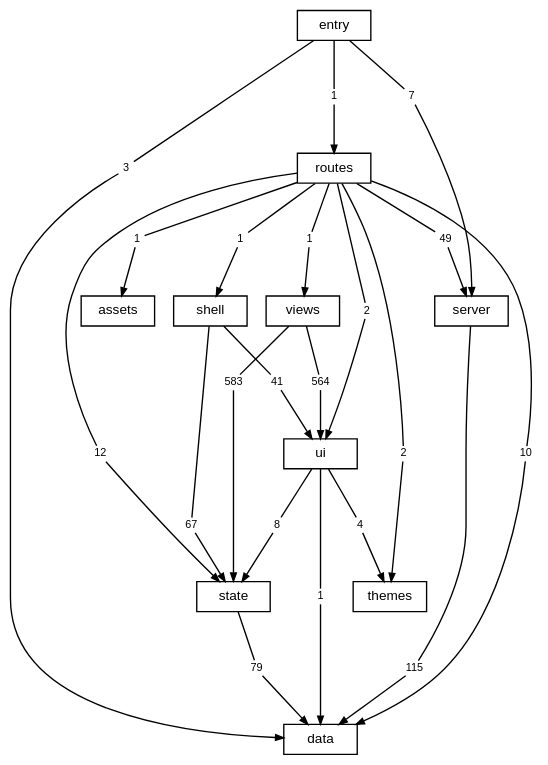
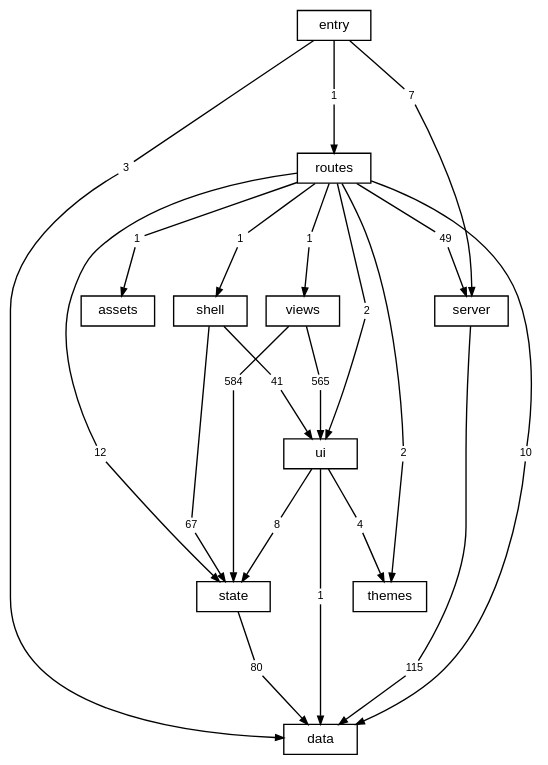
The diagram in docs/diagrams/layers.dot (TheAxeC/oculus), drawn with Graphviz before and after one commit. The commit also changed 19 other files, not shown here.

```diff
--- a/docs/diagrams/layers.dot
+++ b/docs/diagrams/layers.dot
@@ -1,75 +1,75 @@
 digraph layers {
     graph [bgcolor="transparent", rankdir=TB, newrank=true, fontname="Helvetica,Arial,sans-serif", fontsize=12, nodesep=0.2, ranksep=0.5];
     node [shape=box, color="black", fontcolor="black", fontname="Helvetica,Arial,sans-serif", fontsize=10, height=0.3, margin="0.12,0.04"];
     edge [color="black", fontcolor="black", fontname="Helvetica,Arial,sans-serif", fontsize=8, arrowsize=0.6];
     "data";
     "server";
     "state";
     "ui";
     "shell";
     "views";
     "themes";
     "routes";
     "src" [label="entry"];
     "files: assets" [label="assets"];
     "routes to data" [label="10", shape=box, color="transparent", fontsize=8, width=0, height=0, margin="0.04,0.02"];
     "routes" -> "routes to data" [arrowhead=none];
     "routes to data" -> "data" [];
     "routes to files: assets" [label="1", shape=box, color="transparent", fontsize=8, width=0, height=0, margin="0.04,0.02"];
     "routes" -> "routes to files: assets" [arrowhead=none];
     "routes to files: assets" -> "files: assets" [];
     "routes to server" [label="49", shape=box, color="transparent", fontsize=8, width=0, height=0, margin="0.04,0.02"];
     "routes" -> "routes to server" [arrowhead=none];
     "routes to server" -> "server" [];
     "routes to shell" [label="1", shape=box, color="transparent", fontsize=8, width=0, height=0, margin="0.04,0.02"];
     "routes" -> "routes to shell" [arrowhead=none];
     "routes to shell" -> "shell" [];
     "routes to state" [label="12", shape=box, color="transparent", fontsize=8, width=0, height=0, margin="0.04,0.02"];
     "routes" -> "routes to state" [arrowhead=none];
     "routes to state" -> "state" [];
     "routes to themes" [label="2", shape=box, color="transparent", fontsize=8, width=0, height=0, margin="0.04,0.02"];
     "routes" -> "routes to themes" [arrowhead=none];
     "routes to themes" -> "themes" [];
     "routes to ui" [label="2", shape=box, color="transparent", fontsize=8, width=0, height=0, margin="0.04,0.02"];
     "routes" -> "routes to ui" [arrowhead=none];
     "routes to ui" -> "ui" [];
     "routes to views" [label="1", shape=box, color="transparent", fontsize=8, width=0, height=0, margin="0.04,0.02"];
     "routes" -> "routes to views" [arrowhead=none];
     "routes to views" -> "views" [];
     "server to data" [label="115", shape=box, color="transparent", fontsize=8, width=0, height=0, margin="0.04,0.02"];
     "server" -> "server to data" [arrowhead=none];
     "server to data" -> "data" [];
     "shell to state" [label="67", shape=box, color="transparent", fontsize=8, width=0, height=0, margin="0.04,0.02"];
     "shell" -> "shell to state" [arrowhead=none];
     "shell to state" -> "state" [];
     "shell to ui" [label="41", shape=box, color="transparent", fontsize=8, width=0, height=0, margin="0.04,0.02"];
     "shell" -> "shell to ui" [arrowhead=none];
     "shell to ui" -> "ui" [];
     "src to data" [label="3", shape=box, color="transparent", fontsize=8, width=0, height=0, margin="0.04,0.02"];
     "src" -> "src to data" [arrowhead=none];
     "src to data" -> "data" [];
     "src to routes" [label="1", shape=box, color="transparent", fontsize=8, width=0, height=0, margin="0.04,0.02"];
     "src" -> "src to routes" [arrowhead=none];
     "src to routes" -> "routes" [];
     "src to server" [label="7", shape=box, color="transparent", fontsize=8, width=0, height=0, margin="0.04,0.02"];
     "src" -> "src to server" [arrowhead=none];
     "src to server" -> "server" [];
-    "state to data" [label="79", shape=box, color="transparent", fontsize=8, width=0, height=0, margin="0.04,0.02"];
+    "state to data" [label="80", shape=box, color="transparent", fontsize=8, width=0, height=0, margin="0.04,0.02"];
     "state" -> "state to data" [arrowhead=none];
     "state to data" -> "data" [];
     "ui to data" [label="1", shape=box, color="transparent", fontsize=8, width=0, height=0, margin="0.04,0.02"];
     "ui" -> "ui to data" [arrowhead=none];
     "ui to data" -> "data" [];
     "ui to state" [label="8", shape=box, color="transparent", fontsize=8, width=0, height=0, margin="0.04,0.02"];
     "ui" -> "ui to state" [arrowhead=none];
     "ui to state" -> "state" [];
     "ui to themes" [label="4", shape=box, color="transparent", fontsize=8, width=0, height=0, margin="0.04,0.02"];
     "ui" -> "ui to themes" [arrowhead=none];
     "ui to themes" -> "themes" [];
-    "views to state" [label="583", shape=box, color="transparent", fontsize=8, width=0, height=0, margin="0.04,0.02"];
+    "views to state" [label="584", shape=box, color="transparent", fontsize=8, width=0, height=0, margin="0.04,0.02"];
     "views" -> "views to state" [arrowhead=none];
     "views to state" -> "state" [];
-    "views to ui" [label="564", shape=box, color="transparent", fontsize=8, width=0, height=0, margin="0.04,0.02"];
+    "views to ui" [label="565", shape=box, color="transparent", fontsize=8, width=0, height=0, margin="0.04,0.02"];
     "views" -> "views to ui" [arrowhead=none];
     "views to ui" -> "ui" [];
 }
```
